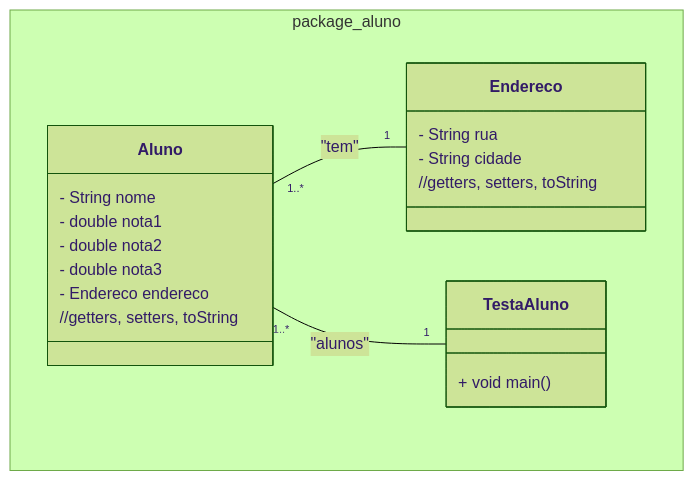
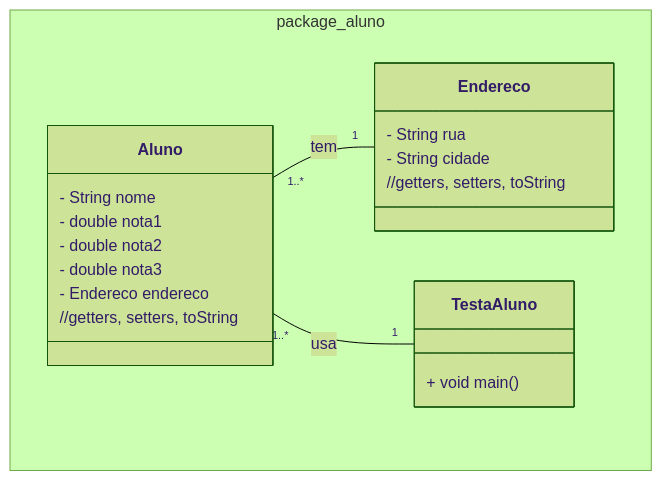
One commit to ap3ufersa/ap3_2024.3_xicoArruda changed the diagram in unidade1/aula5.md. Above: the diagram before and after it, drawn with Mermaid (forest theme). The commit also changed 1 other file, not shown here.

Commit message:
Arrumando diagramas

````diff
--- a/unidade1/aula5.md
+++ b/unidade1/aula5.md
@@ -7,25 +7,25 @@
 ```mermaid
 classDiagram
     namespace package_aluno {
         class Aluno {
             - String nome
             - double nota1
             - double nota2
             - double nota3
             - Endereco endereco
             //getters, setters, toString
         }
 
         class Endereco {
             - String rua
             - String cidade
             //getters, setters, toString
         }
 
         class TestaAluno {
             + void main()
         }
     }
-    Aluno "1..*" -- "1" Endereco : "tem"
-    Aluno "1..*" -- "1" TestaAluno : "alunos"
+    Aluno "1..*" -- "1" Endereco : tem
+    Aluno "1..*" -- "1" TestaAluno : usa
 ```
````
